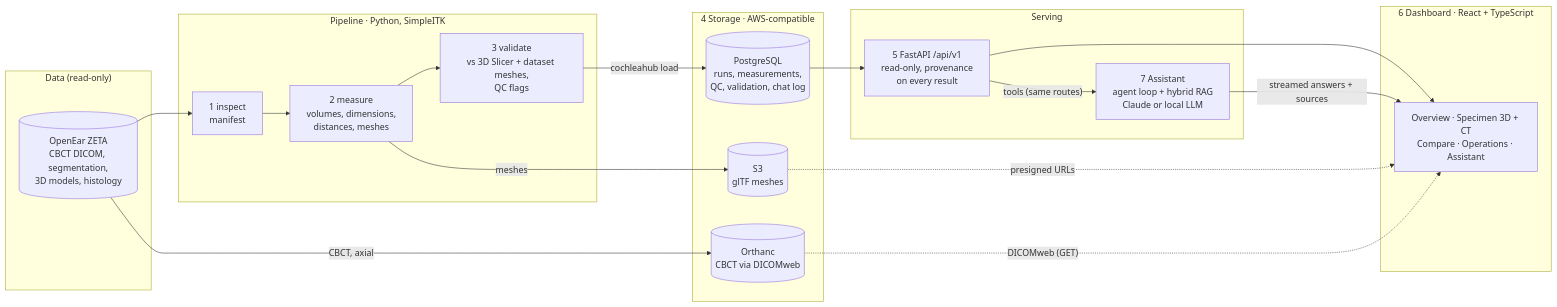
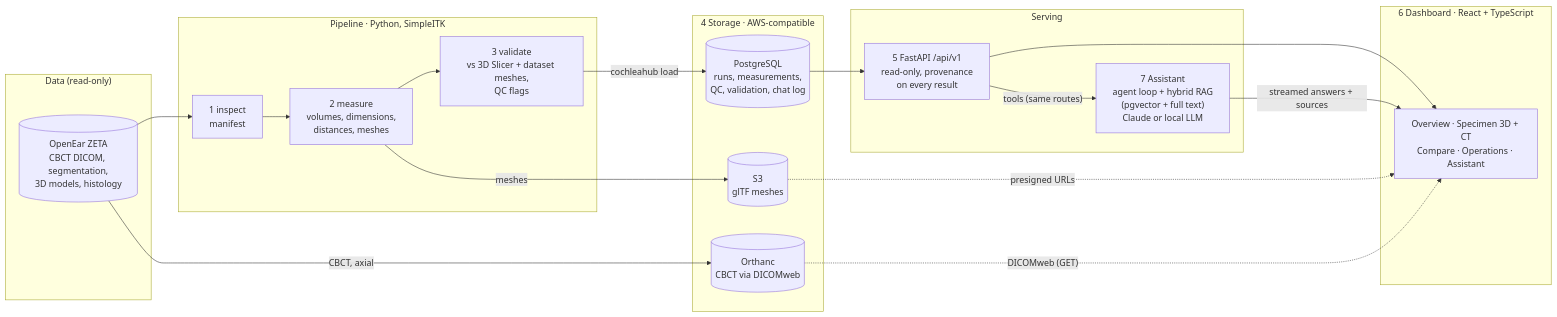
Before and after one commit to ZeeetOne/CochleaHub: the first of 2 diagrams in README.md, drawn with Mermaid. The commit also changed other lines of this file and 3 other files, not shown here.

````diff
--- a/README.md
+++ b/README.md
@@ -17,39 +17,39 @@
 ```mermaid
 flowchart LR
     subgraph data["Data (read-only)"]
         DS[("OpenEar ZETA<br/>CBCT DICOM, segmentation,<br/>3D models, histology")]
     end
 
     subgraph pipeline["Pipeline · Python, SimpleITK"]
         P1["1 inspect<br/>manifest"]
         P2["2 measure<br/>volumes, dimensions,<br/>distances, meshes"]
         P3["3 validate<br/>vs 3D Slicer + dataset meshes,<br/>QC flags"]
         P1 --> P2 --> P3
     end
 
     subgraph storage["4 Storage · AWS-compatible"]
         PG[("PostgreSQL<br/>runs, measurements,<br/>QC, validation, chat log")]
         S3[("S3<br/>glTF meshes")]
         OR[("Orthanc<br/>CBCT via DICOMweb")]
     end
 
     subgraph serve["Serving"]
         API["5 FastAPI /api/v1<br/>read-only, provenance<br/>on every result"]
-        AS["7 Assistant<br/>agent loop + hybrid RAG<br/>Claude or local LLM"]
+        AS["7 Assistant<br/>agent loop + hybrid RAG<br/>(pgvector + full text)<br/>Claude or local LLM"]
     end
 
     subgraph ui["6 Dashboard · React + TypeScript"]
         UI["Overview · Specimen 3D + CT<br/>Compare · Operations · Assistant"]
     end
 
     DS --> P1
     DS -- "CBCT, axial" --> OR
     P3 -- "cochleahub load" --> PG
     P2 -- "meshes" --> S3
     PG --> API
     S3 -. "presigned URLs" .-> UI
     OR -. "DICOMweb (GET)" .-> UI
     API --> UI
     API -- "tools (same routes)" --> AS
     AS -- "streamed answers + sources" --> UI
 ```
````
